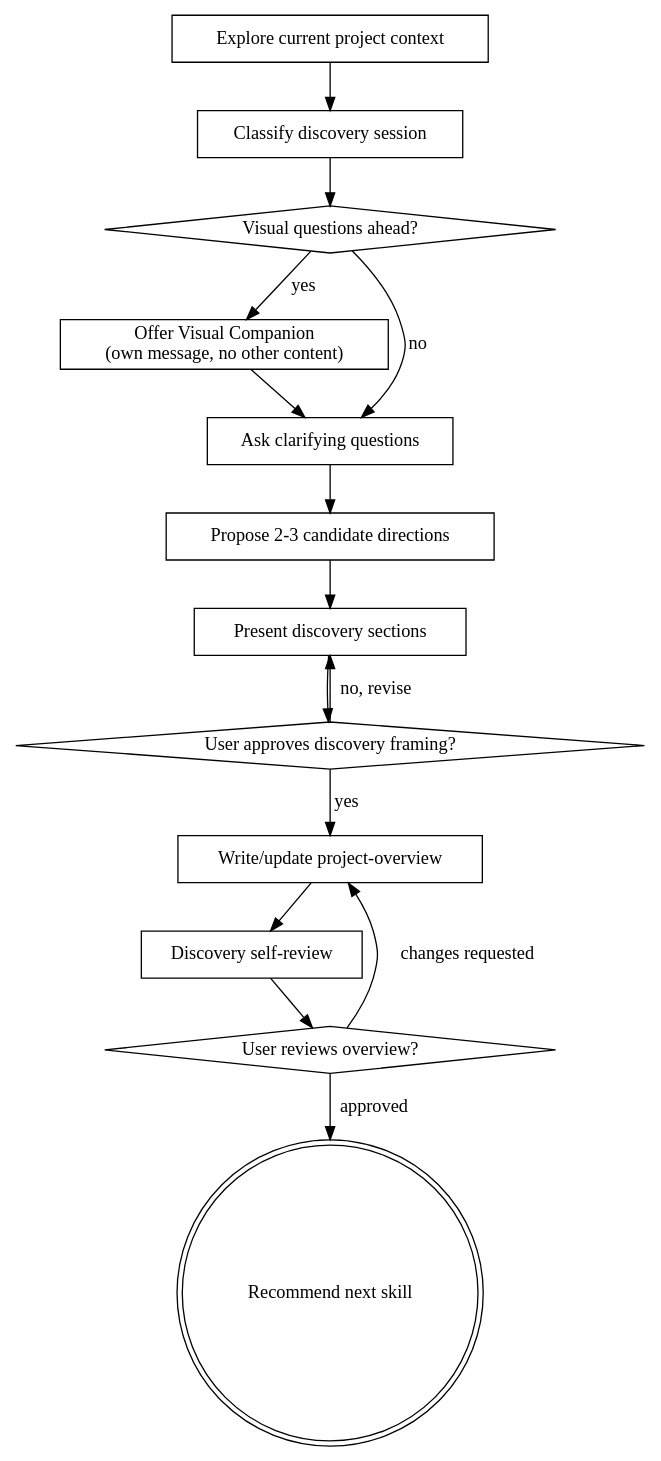
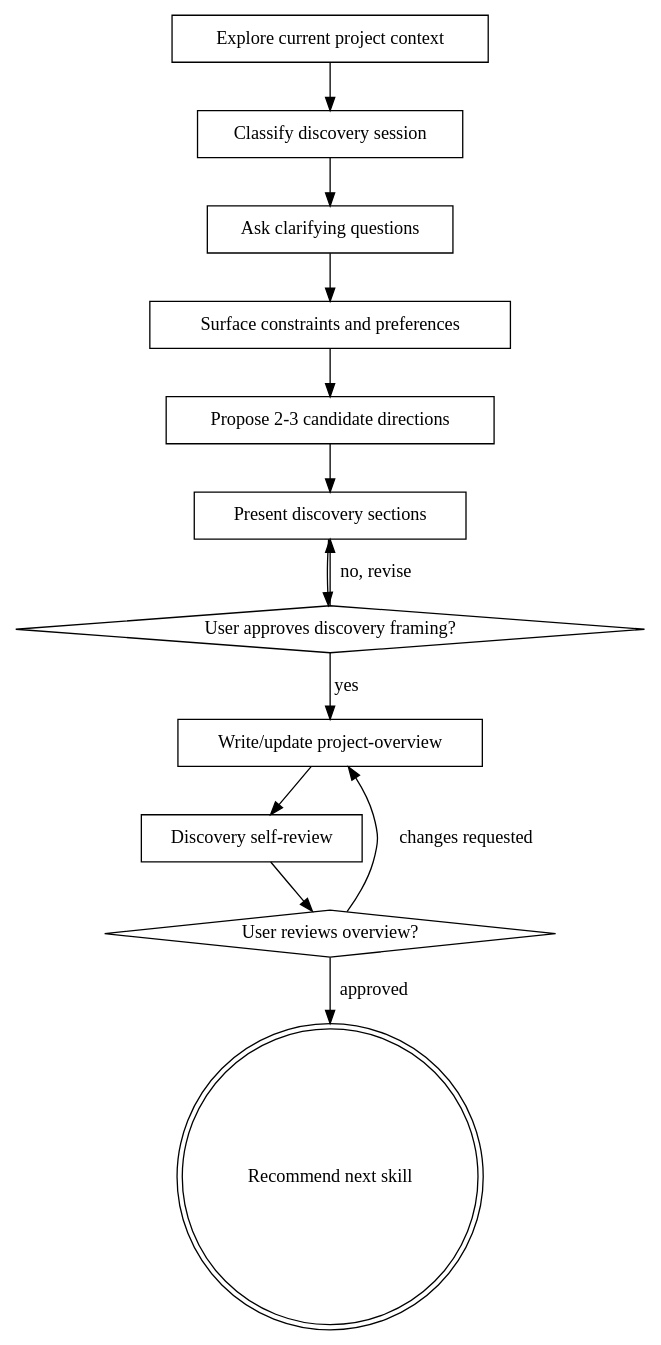
The diagram in skills/discover/SKILL.md (iqbal-codes/labq-skills), drawn with Graphviz before and after one commit. The commit also changed other lines of this file, not shown here.

Commit message:
Remove visual companion from discover skill

````diff
--- a/skills/discover/SKILL.md
+++ b/skills/discover/SKILL.md
@@ -95,31 +95,28 @@
 ```dot
 digraph discover {
     "Explore current project context" [shape=box];
     "Classify discovery session" [shape=box];
-    "Visual questions ahead?" [shape=diamond];
-    "Offer Visual Companion\n(own message, no other content)" [shape=box];
     "Ask clarifying questions" [shape=box];
+    "Surface constraints and preferences" [shape=box];
     "Propose 2-3 candidate directions" [shape=box];
     "Present discovery sections" [shape=box];
     "User approves discovery framing?" [shape=diamond];
     "Write/update project-overview" [shape=box];
     "Discovery self-review" [shape=box];
     "User reviews overview?" [shape=diamond];
     "Recommend next skill" [shape=doublecircle];
 
     "Explore current project context" -> "Classify discovery session";
-    "Classify discovery session" -> "Visual questions ahead?";
-    "Visual questions ahead?" -> "Offer Visual Companion\n(own message, no other content)" [label="yes"];
-    "Visual questions ahead?" -> "Ask clarifying questions" [label="no"];
-    "Offer Visual Companion\n(own message, no other content)" -> "Ask clarifying questions";
-    "Ask clarifying questions" -> "Propose 2-3 candidate directions";
+    "Classify discovery session" -> "Ask clarifying questions";
+    "Ask clarifying questions" -> "Surface constraints and preferences";
+    "Surface constraints and preferences" -> "Propose 2-3 candidate directions";
     "Propose 2-3 candidate directions" -> "Present discovery sections";
     "Present discovery sections" -> "User approves discovery framing?";
     "User approves discovery framing?" -> "Present discovery sections" [label="no, revise"];
     "User approves discovery framing?" -> "Write/update project-overview" [label="yes"];
     "Write/update project-overview" -> "Discovery self-review";
     "Discovery self-review" -> "User reviews overview?";
     "User reviews overview?" -> "Write/update project-overview" [label="changes requested"];
     "User reviews overview?" -> "Recommend next skill" [label="approved"];
 }
 ```
````
